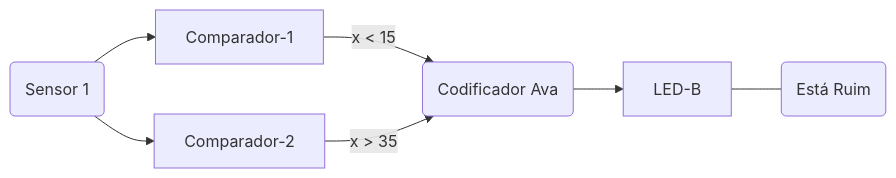
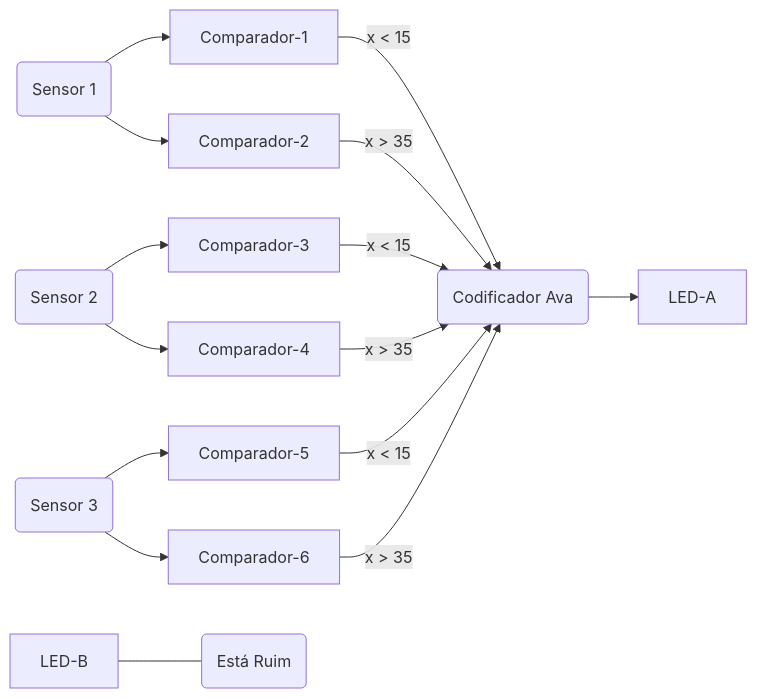
One commit to Enzo0100/Solar-Quality changed the third of 3 diagrams in README.md. Above: the diagram before and after it, drawn with Mermaid.

````diff
--- a/README.md
+++ b/README.md
@@ -162,9 +162,19 @@
 ```mermaid
 graph LR; 
 sensorA(Sensor 1)-->Comparador-1
 sensorA(Sensor 1)-->Comparador-2
 Comparador-1-->|x < 15|cod(Codificador Ava)
 Comparador-2-->|x > 35|cod(Codificador Ava)
-cod(Codificador Ava) --> LED-B
+sensorB(Sensor 2)-->Comparador-3
+sensorB(Sensor 2)-->Comparador-4
+Comparador-3-->|x < 15|cod(Codificador Ava)
+Comparador-4-->|x > 35|cod(Codificador Ava)
+sensorC(Sensor 3)-->Comparador-5
+sensorC(Sensor 3)-->Comparador-6
+Comparador-5-->|x < 15|cod(Codificador Ava)
+Comparador-6-->|x > 35|cod(Codificador Ava)
+
+
+cod(Codificador Ava) --> LED-A
 LED-B --- text(Está Ruim)
 ```
````
